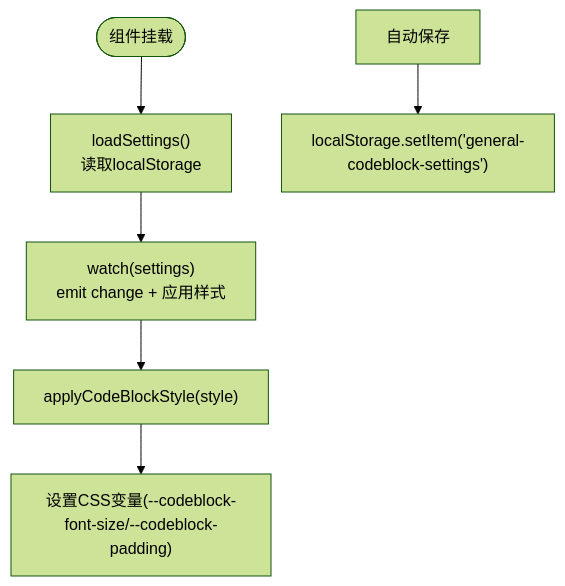
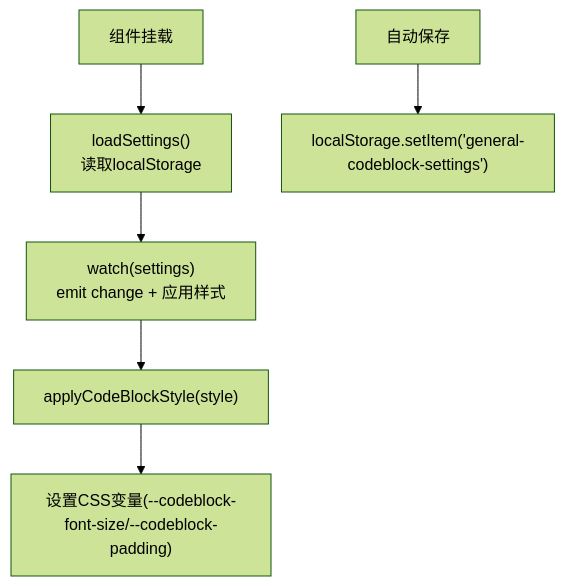
One commit to 851039536/siyuanPluginVueSN changed the fifth of 14 diagrams in .qoder/repowiki/zh/content/功能模块详解/通用设置.md. Above: the diagram before and after it, drawn with Mermaid (forest theme). The commit also changed other lines of this file and 9 other files, not shown here.

````diff
--- a/.qoder/repowiki/zh/content/功能模块详解/通用设置.md
+++ b/.qoder/repowiki/zh/content/功能模块详解/通用设置.md
@@ -254,8 +291,8 @@
 ```mermaid
 flowchart TD
-Start(["组件挂载"]) --> Load["loadSettings()<br/>读取localStorage"]
+Start["组件挂载"] --> Load["loadSettings()<br/>读取localStorage"]
 Load --> Watch["watch(settings)<br/>emit change + 应用样式"]
 Watch --> Style["applyCodeBlockStyle(style)"]
 Style --> Var["设置CSS变量(--codeblock-font-size/--codeblock-padding)"]
 Save["自动保存"] --> Local["localStorage.setItem('general-codeblock-settings')"]
 ```
````
